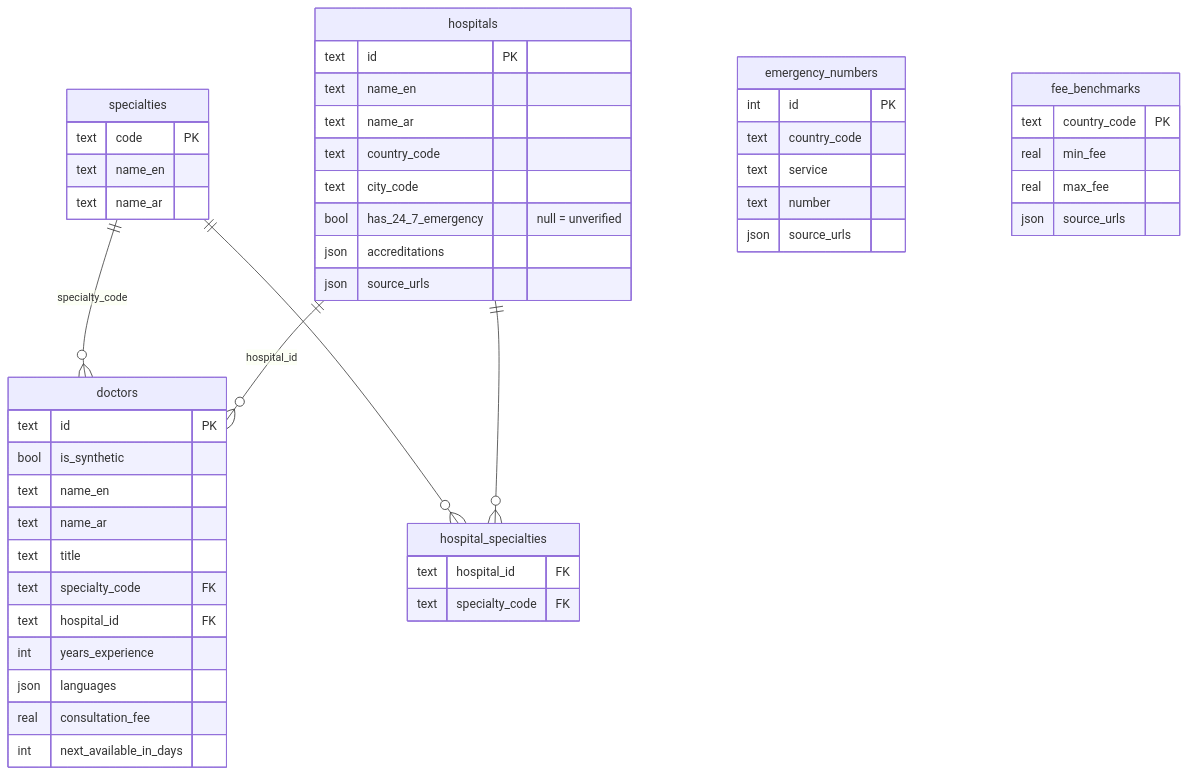
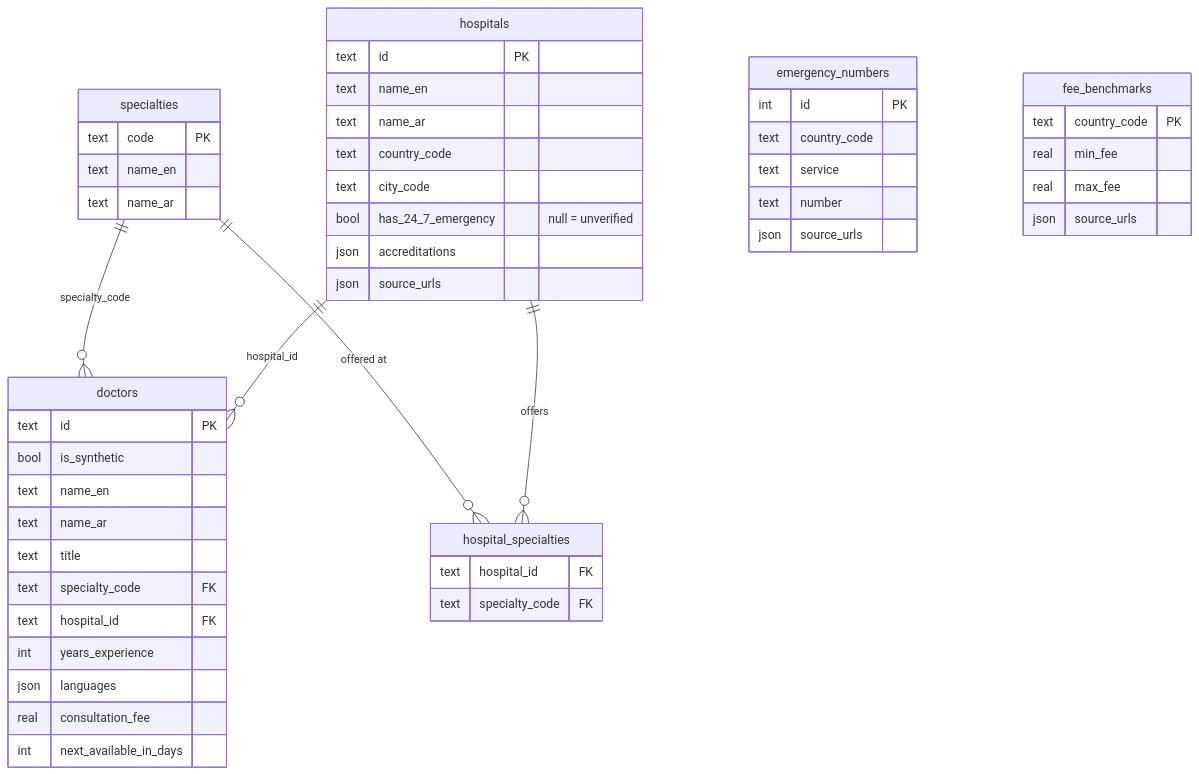
The third of 3 diagrams in README.md (0xA7MD1/healtrip-ai-assistant), drawn with Mermaid before and after one commit. The commit also changed other lines of this file, not shown here.

Commit message:
docs: safer Mermaid syntax for GitHub rendering

````diff
--- a/README.md
+++ b/README.md
@@ -133,53 +133,53 @@
 ```mermaid
 erDiagram
   specialties ||--o{ doctors : "specialty_code"
-  specialties ||--o{ hospital_specialties : ""
-  hospitals ||--o{ hospital_specialties : ""
+  specialties ||--o{ hospital_specialties : "offered at"
+  hospitals ||--o{ hospital_specialties : "offers"
   hospitals ||--o{ doctors : "hospital_id"
 
   specialties {
     text code PK
     text name_en
     text name_ar
   }
   hospitals {
     text id PK
     text name_en
     text name_ar
     text country_code
     text city_code
     bool has_24_7_emergency "null = unverified"
     json accreditations
     json source_urls
   }
   hospital_specialties {
     text hospital_id FK
     text specialty_code FK
   }
   doctors {
     text id PK
     bool is_synthetic
     text name_en
     text name_ar
     text title
     text specialty_code FK
     text hospital_id FK
     int years_experience
     json languages
     real consultation_fee
     int next_available_in_days
   }
   emergency_numbers {
     int id PK
     text country_code
     text service
     text number
     json source_urls
   }
   fee_benchmarks {
     text country_code PK
     real min_fee
     real max_fee
     json source_urls
   }
 ```
````
